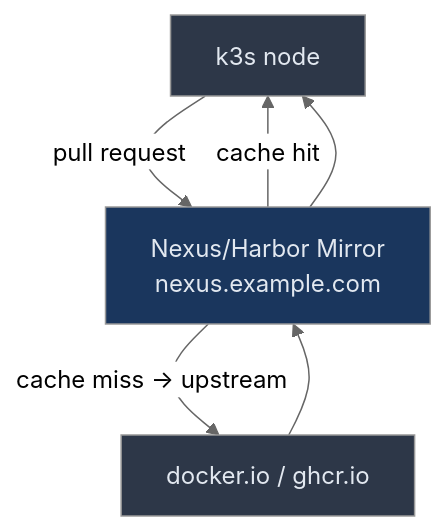
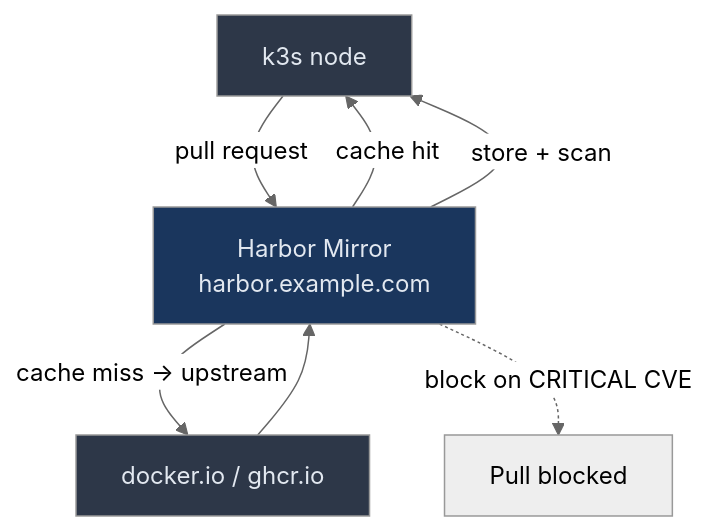
One commit to UncleJS/course_k3s changed the seventh of 7 diagrams in 16_podman_to_k3s/03_images_and_registries.md. Above: the diagram before and after it, drawn with Mermaid (neutral theme). The commit also changed other lines of this file and 21 other files, not shown here.

````diff
--- a/16_podman_to_k3s/03_images_and_registries.md
+++ b/16_podman_to_k3s/03_images_and_registries.md
@@ -472,12 +844,13 @@
 ```mermaid
 flowchart TD
-    k3s[k3s node] -->|pull request| mirror[Nexus/Harbor Mirror\nnexus.example.com]
+    k3s[k3s node] -->|pull request| mirror[Harbor Mirror\nharbor.example.com]
     mirror -->|cache hit| k3s
     mirror -->|cache miss → upstream| hub[docker.io / ghcr.io]
     hub --> mirror
-    mirror --> k3s
+    mirror -->|store + scan| k3s
+    mirror -.->|block on CRITICAL CVE| DENY[Pull blocked]
 
     style k3s fill:#2d3748,color:#e2e8f0
     style mirror fill:#1a365d,color:#e2e8f0
     style hub fill:#2d3748,color:#e2e8f0
 ```
````
